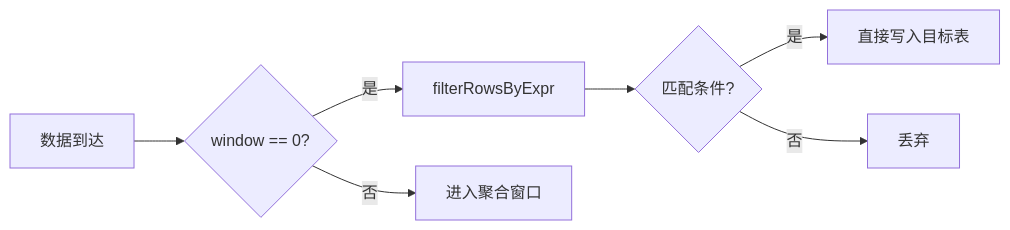
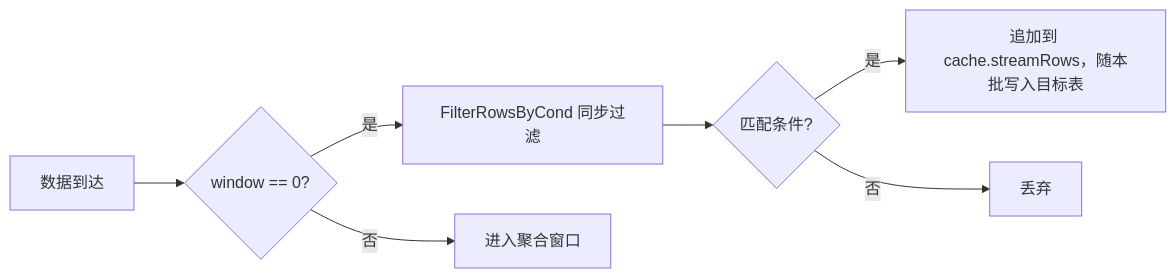
One commit to stefanv5/openGemini changed diagram 13 of 29 in docs/specs/10_stream_processing_spec.md. Above: the diagram before and after it, drawn with Mermaid. The commit also changed other lines of this file and 37 other files, not shown here.

````diff
--- a/docs/specs/10_stream_processing_spec.md
+++ b/docs/specs/10_stream_processing_spec.md
@@ -1475,9 +1502,9 @@
 ```mermaid
 graph LR
     A[数据到达] --> B{window == 0?}
-    B -->|是| C[filterRowsByExpr]
+    B -->|是| C["FilterRowsByCond 同步过滤"]
     C --> D{匹配条件?}
-    D -->|是| E[直接写入目标表]
+    D -->|是| E["追加到 cache.streamRows，随本批写入目标表"]
     D -->|否| F[丢弃]
     B -->|否| G[进入聚合窗口]
 ```
````
